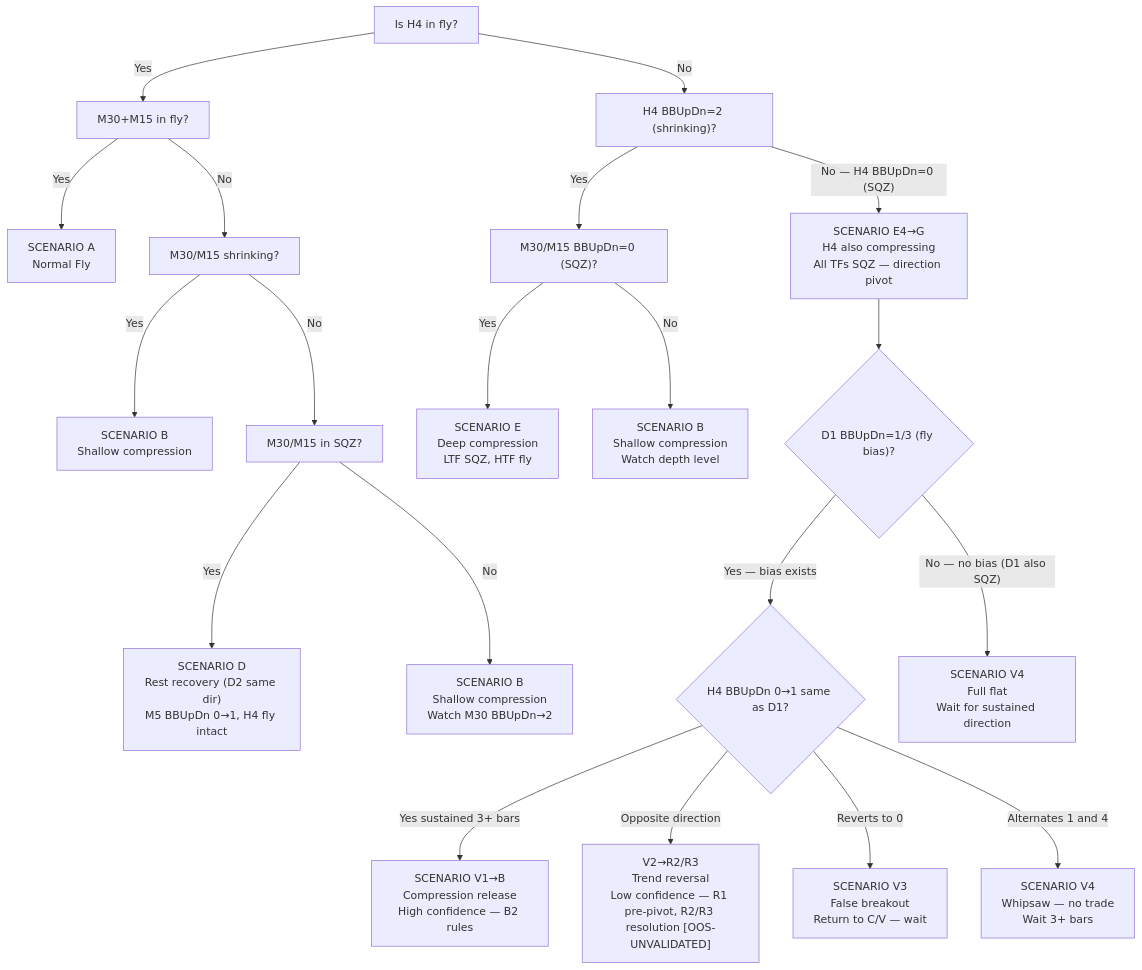
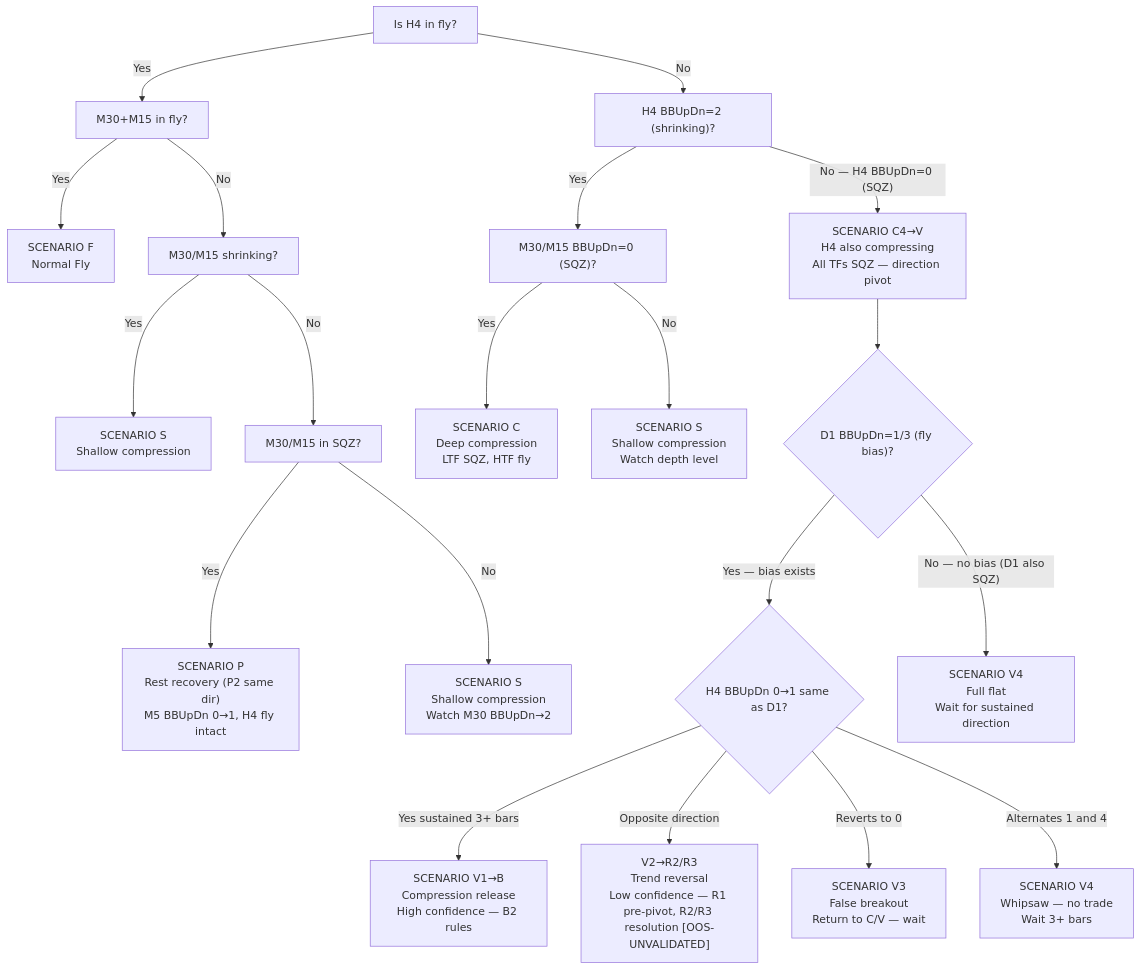
The third of 17 diagrams in references/backtest_chart_analysis.md (Terrypang89/BB_MTF_M15_STRATEGY), drawn with Mermaid before and after one commit. The commit also changed other lines of this file, not shown here.

First line of the commit message:
Complete scenario remap in backtest_chart_analysis.md

````diff
--- a/references/backtest_chart_analysis.md
+++ b/references/backtest_chart_analysis.md
@@ -1459,22 +1459,22 @@
 ```mermaid
 flowchart TD
     A["Is H4 in fly?"] -->|Yes| B["M30+M15 in fly?"]
-    B -->|Yes| C["SCENARIO A\nNormal Fly"]
+    B -->|Yes| C["SCENARIO F\nNormal Fly"]
     B -->|No| D["M30/M15 shrinking?"]
-    D -->|Yes| E["SCENARIO B\nShallow compression"]
+    D -->|Yes| E["SCENARIO S\nShallow compression"]
     D -->|No| F["M30/M15 in SQZ?"]
-    F -->|Yes| G["SCENARIO D\nRest recovery (D2 same dir)\nM5 BBUpDn 0→1, H4 fly intact"]
-    F -->|No| H["SCENARIO B\nShallow compression\nWatch M30 BBUpDn→2"]
+    F -->|Yes| G["SCENARIO P\nRest recovery (P2 same dir)\nM5 BBUpDn 0→1, H4 fly intact"]
+    F -->|No| H["SCENARIO S\nShallow compression\nWatch M30 BBUpDn→2"]
     A -->|No| I["H4 BBUpDn=2 (shrinking)?"]
     I -->|Yes| J["M30/M15 BBUpDn=0 (SQZ)?"]
-    J -->|Yes| K["SCENARIO E\nDeep compression\nLTF SQZ, HTF fly"]
-    J -->|No| L["SCENARIO B\nShallow compression\nWatch depth level"]
-    I -->|"No — H4 BBUpDn=0 (SQZ)"| M["SCENARIO E4→G\nH4 also compressing\nAll TFs SQZ — direction pivot"]
+    J -->|Yes| K["SCENARIO C\nDeep compression\nLTF SQZ, HTF fly"]
+    J -->|No| L["SCENARIO S\nShallow compression\nWatch depth level"]
+    I -->|"No — H4 BBUpDn=0 (SQZ)"| M["SCENARIO C4→V\nH4 also compressing\nAll TFs SQZ — direction pivot"]
     M --> N{"D1 BBUpDn=1/3 (fly bias)?"}
     N -->|Yes — bias exists| O{"H4 BBUpDn 0→1 same as D1?"}
  O -->|Yes sustained 3+ bars| P["SCENARIO V1→B\nCompression release\nHigh confidence — B2 rules"]
     O -->|Opposite direction| Q["V2→R2/R3\nTrend reversal\nLow confidence — R1 pre-pivot, R2/R3 resolution [OOS-UNVALIDATED]"]
     O -->|Reverts to 0| R["SCENARIO V3\nFalse breakout\nReturn to C/V — wait"]
     O -->|Alternates 1 and 4| S["SCENARIO V4\nWhipsaw — no trade\nWait 3+ bars"]
     N -->|"No — no bias (D1 also SQZ)"| T["SCENARIO V4\nFull flat\nWait for sustained direction"]
 ```
````
